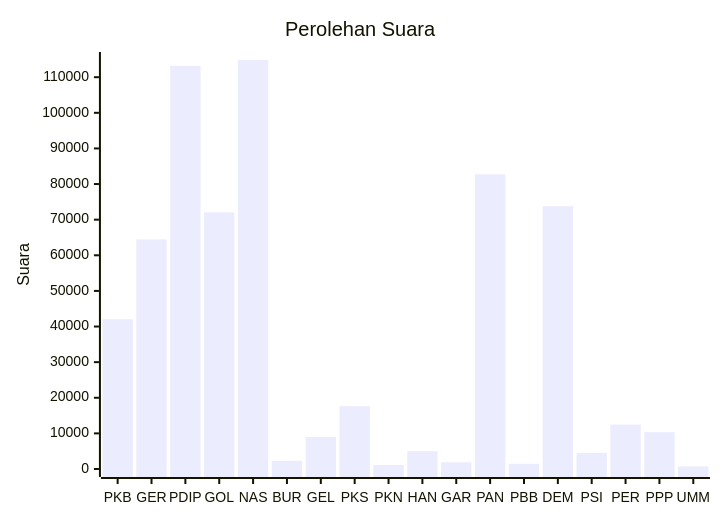
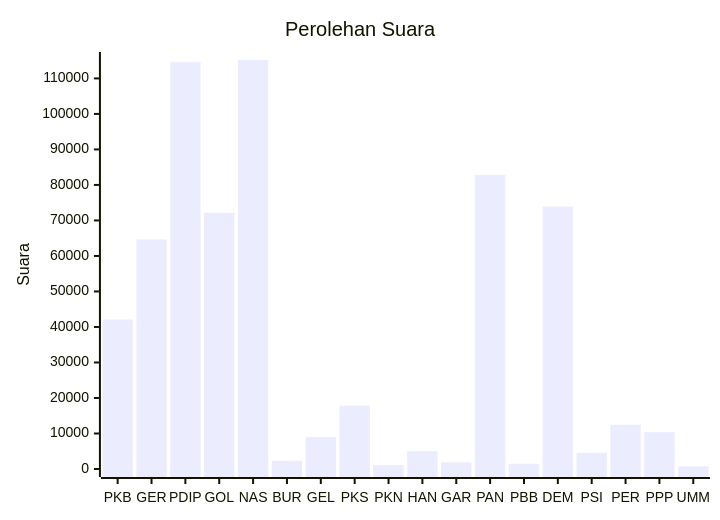
Before and after one commit to gigit-pemilu/pemilu-2024: the diagram in pileg-dpr/hitung-suara/sub/table-wilayah-76.md, drawn with Mermaid. The commit also changed other lines of this file and 21 other files, not shown here.

````diff
--- a/pileg-dpr/hitung-suara/sub/table-wilayah-76.md
+++ b/pileg-dpr/hitung-suara/sub/table-wilayah-76.md
@@ -7,7 +7,7 @@
 ```mermaid
 xychart-beta
     title "Perolehan Suara"
     x-axis [PKB, GER, PDIP, GOL, NAS, BUR, GEL, PKS, PKN, HAN, GAR, PAN, PBB, DEM, PSI, PER, PPP, UMM]
-    y-axis "Suara" 0 --> 114829
-    bar [42045, 64451, 113200, 72042, 114829, 2299, 8999, 17634, 1126, 5000, 1899, 82759, 1472, 73783, 4540, 12469, 10348, 736]
+    y-axis "Suara" 0 --> 115186
+    bar [42100, 64658, 114573, 72142, 115186, 2314, 9012, 17852, 1127, 5012, 1900, 82817, 1475, 73912, 4558, 12481, 10368, 736]
 ```
````
